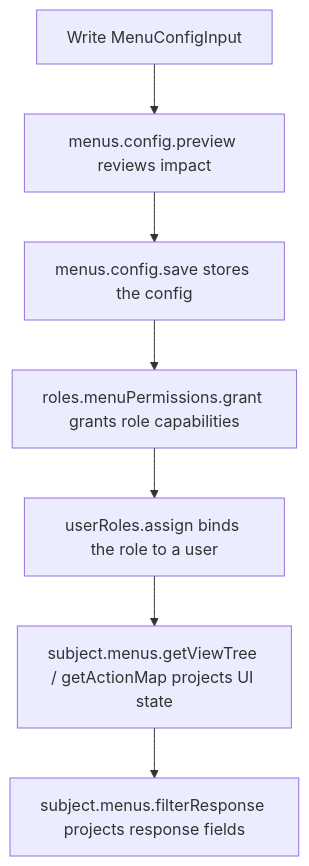
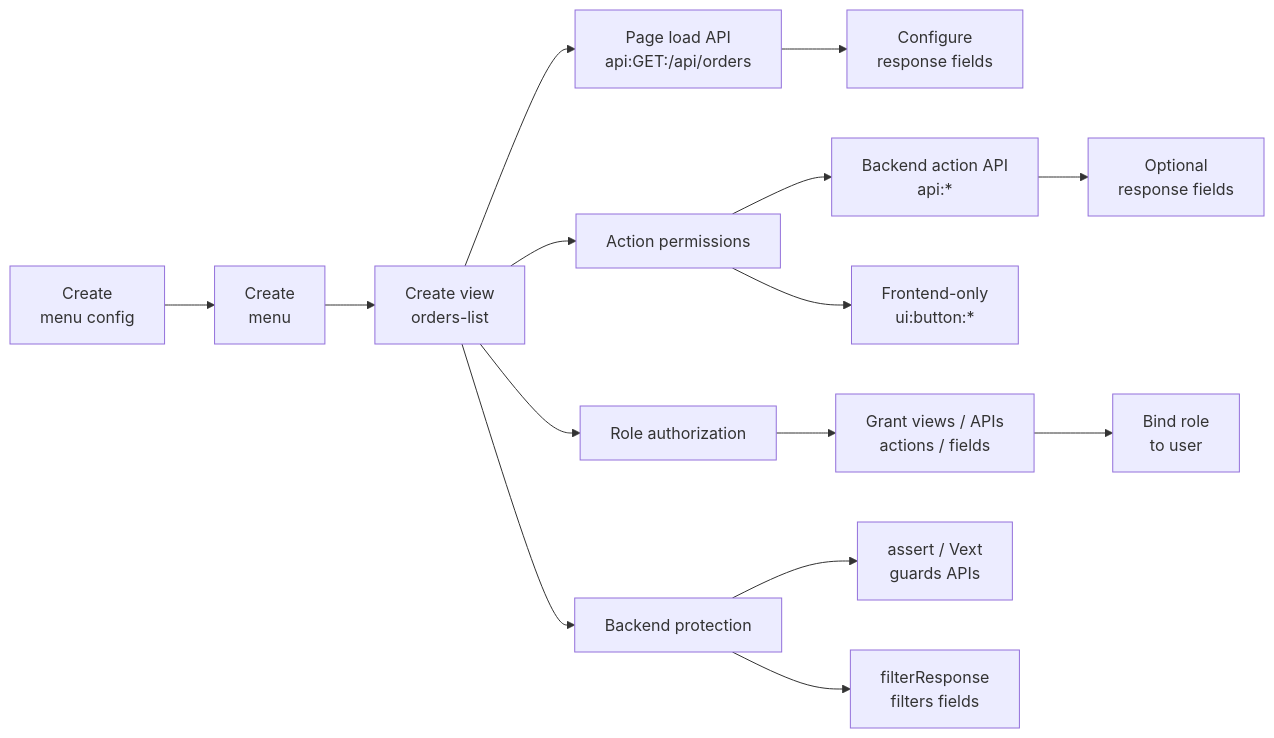
The diagram in website/docs/guide/menu-management.md (vextjs/permission-core), drawn with Mermaid before and after one commit. The commit also changed other lines of this file and 14 other files, not shown here.

````diff
--- a/website/docs/guide/menu-management.md
+++ b/website/docs/guide/menu-management.md
@@ -7,11 +7,19 @@
 ```mermaid
-flowchart TD
-  accTitle: Menu config lifecycle
-  accDescr: A MenuConfigInput is previewed and saved, role-menu grants assign its capabilities, user-role bindings activate them for a user, and subject runtime projects UI state and response fields.
-  A["Write MenuConfigInput"] --> B["menus.config.preview reviews impact"]
-  B --> C["menus.config.save stores the config"]
-  C --> D["roles.menuPermissions.grant grants role capabilities"]
-  D --> E["userRoles.assign binds the role to a user"]
-  E --> F["subject.menus.getViewTree / getActionMap projects UI state"]
-  F --> G["subject.menus.filterResponse projects response fields"]
+flowchart LR
+  accTitle: Menu config to API protection flow
+  accDescr: The admin side creates a menu config, menus, and views, then configures page load APIs, action APIs or UI permissions, and response fields. Role grants assign those capabilities, and backend guards protect APIs and response fields.
+  A["Create<br/>menu config"] --> B["Create<br/>menu"]
+  B --> C["Create view<br/>orders-list"]
+  C --> D["Page load API<br/>api:GET:/api/orders"]
+  D --> D1["Configure<br/>response fields"]
+  C --> E["Action permissions"]
+  E --> E1["Backend action API<br/>api:*"]
+  E1 --> E2["Optional<br/>response fields"]
+  E --> E3["Frontend-only<br/>ui:button:*"]
+  C --> F["Role authorization"]
+  F --> F1["Grant views / APIs<br/>actions / fields"]
+  F1 --> F2["Bind role<br/>to user"]
+  C --> G["Backend protection"]
+  G --> G1["assert / Vext<br/>guards APIs"]
+  G --> G2["filterResponse<br/>filters fields"]
 ```
````
